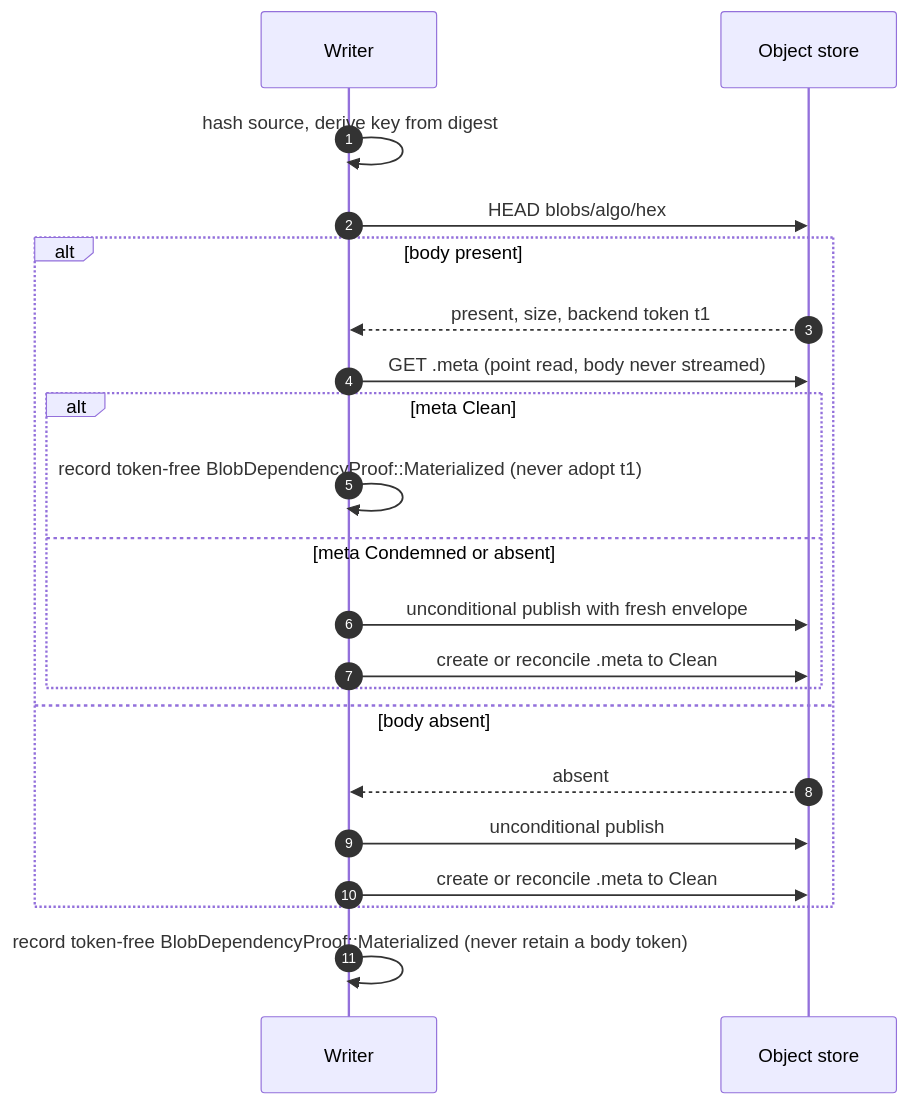
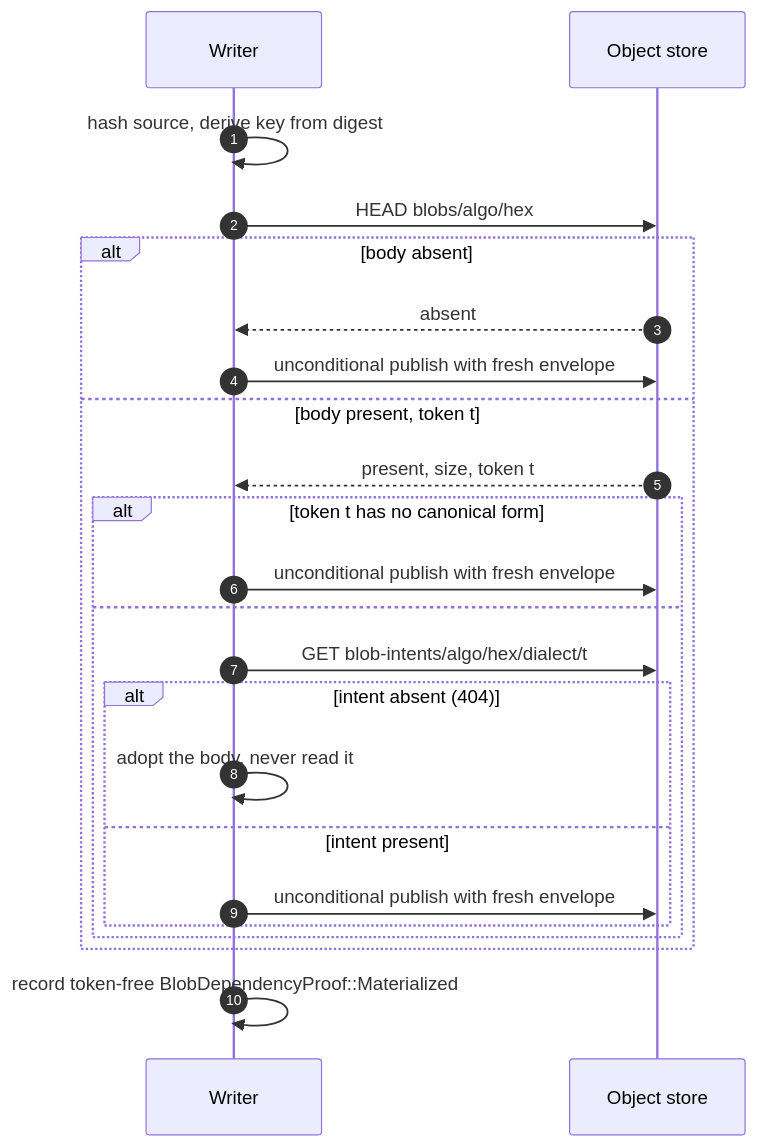
Before and after one commit to Altinity/ClickHouse: the first of 2 diagrams in docs/en/antalya/cas/architecture/blob-protocol.md, drawn with Mermaid. The commit also changed other lines of this file and 20 other files, not shown here.

First line of the commit message:
Document CAS blob deletion intents

````diff
--- a/docs/en/antalya/cas/architecture/blob-protocol.md
+++ b/docs/en/antalya/cas/architecture/blob-protocol.md
@@ -28,24 +37,26 @@
 ```mermaid
 sequenceDiagram
     autonumber
     participant Writer
     participant S3 as Object store
 
     Writer->>Writer: hash source, derive key from digest
     Writer->>S3: HEAD blobs/algo/hex
-    alt body present
-        S3-->>Writer: present, size, backend token t1
-        Writer->>S3: GET .meta (point read, body never streamed)
-        alt meta Clean
-            Writer->>Writer: record token-free BlobDependencyProof::Materialized (never adopt t1)
-        else meta Condemned or absent
+    alt body absent
+        S3-->>Writer: absent
+        Writer->>S3: unconditional publish with fresh envelope
+    else body present, token t
+        S3-->>Writer: present, size, token t
+        alt token t has no canonical form
             Writer->>S3: unconditional publish with fresh envelope
-            Writer->>S3: create or reconcile .meta to Clean
+        else
+            Writer->>S3: GET blob-intents/algo/hex/dialect/t
+            alt intent absent (404)
+                Writer->>Writer: adopt the body, never read it
+            else intent present
+                Writer->>S3: unconditional publish with fresh envelope
+            end
         end
-    else body absent
-        S3-->>Writer: absent
-        Writer->>S3: unconditional publish
-        Writer->>S3: create or reconcile .meta to Clean
     end
-    Writer->>Writer: record token-free BlobDependencyProof::Materialized (never retain a body token)
+    Writer->>Writer: record token-free BlobDependencyProof::Materialized
 ```
````
